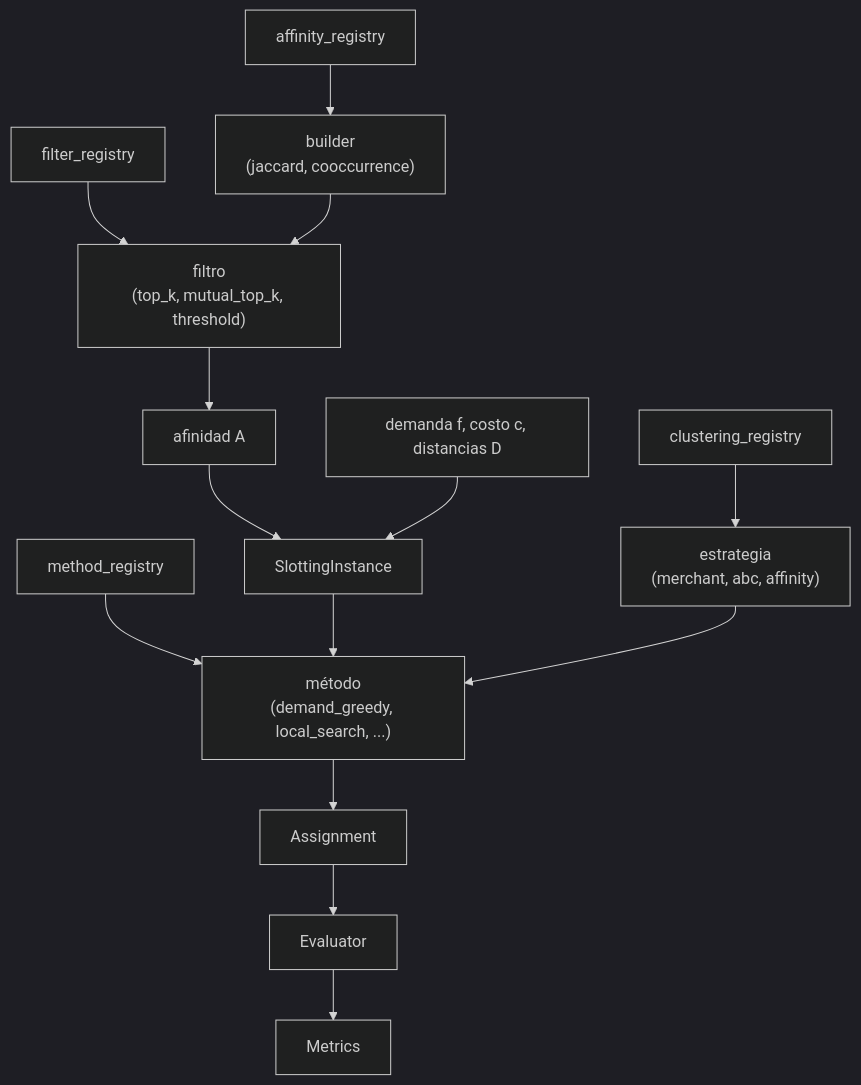
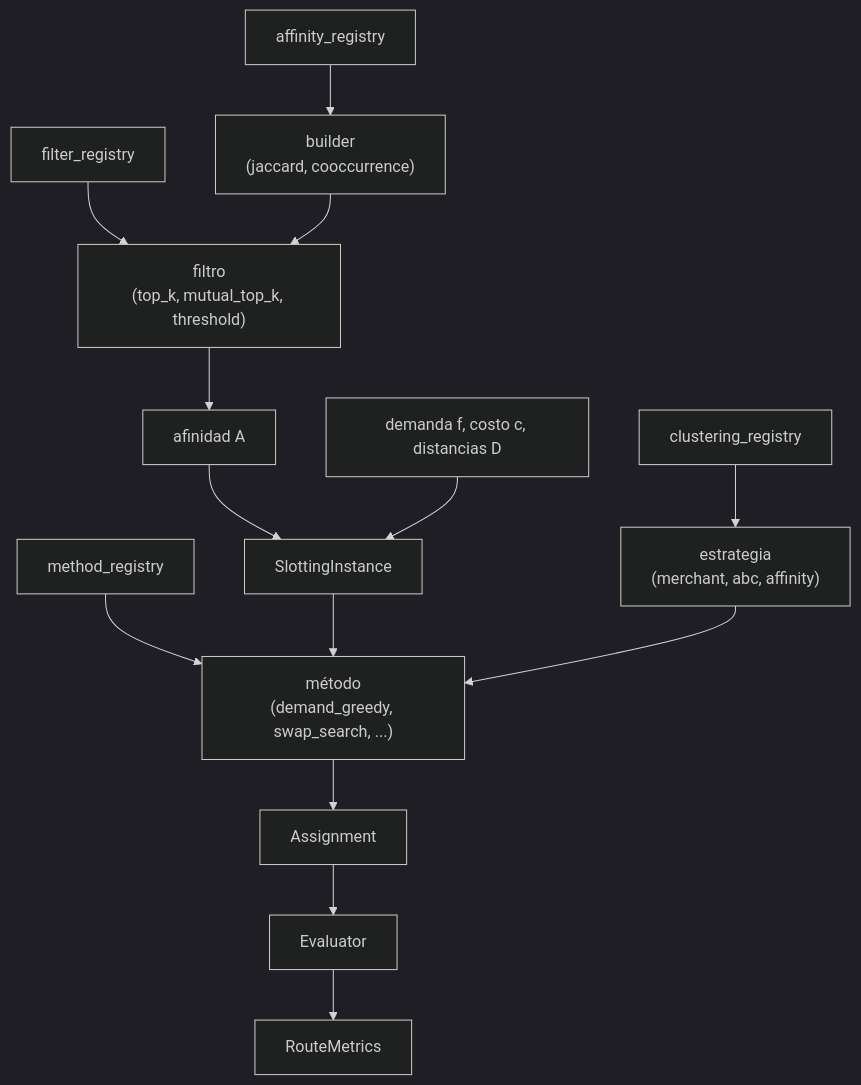
One commit to santiagofada/ABS-Affinity-based-slotting changed the diagram in docs/bloques.md. Above: the diagram before and after it, drawn with Mermaid (dark theme). The commit also changed other lines of this file and 26 other files, not shown here.

````diff
--- a/docs/bloques.md
+++ b/docs/bloques.md
@@ -18,20 +18,20 @@
 ```mermaid
 flowchart TD
     AR["affinity_registry"] --> AB["builder<br/>(jaccard, cooccurrence)"]
     FR["filter_registry"] --> FB["filtro<br/>(top_k, mutual_top_k, threshold)"]
     AB --> FB
     FB --> A["afinidad A"]
     GEO["demanda f, costo c, distancias D"]
 
     A --> INST["SlottingInstance"]
     GEO --> INST
 
     CR["clustering_registry"] --> CL["estrategia<br/>(merchant, abc, affinity)"]
-    MR["method_registry"] --> M["método<br/>(demand_greedy, local_search, ...)"]
+    MR["method_registry"] --> M["método<br/>(demand_greedy, swap_search, ...)"]
     INST --> M
     CL --> M
 
     M --> ASG["Assignment"]
     ASG --> EV["Evaluator"]
-    EV --> MET["Metrics"]
+    EV --> MET["RouteMetrics"]
 ```
````
